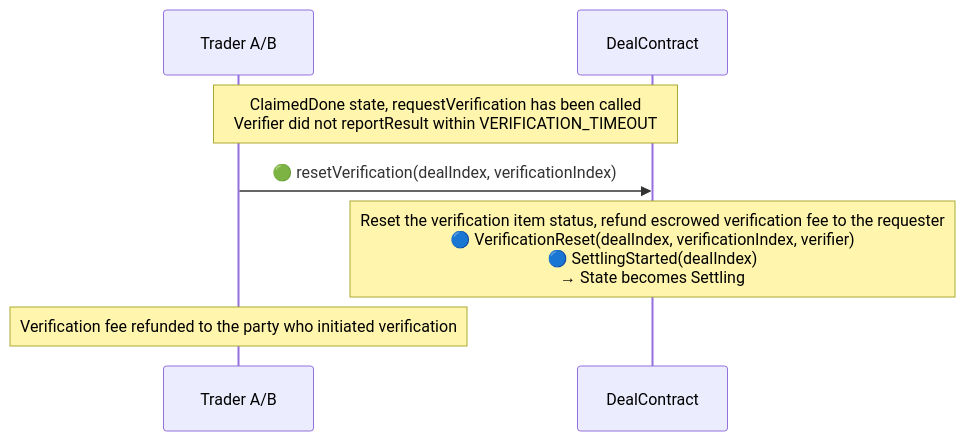
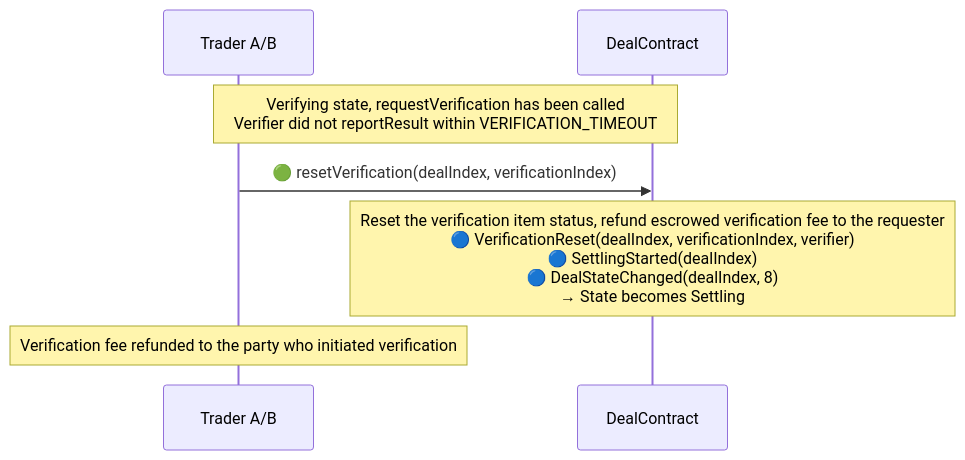
One commit to synctxai/synctx changed the sixth of 9 diagrams in examples/x-quote/x-quote-design.md. Above: the diagram before and after it, drawn with Mermaid. The commit also changed other lines of this file and 4 other files, not shown here.

````diff
--- a/examples/x-quote/x-quote-design.md
+++ b/examples/x-quote/x-quote-design.md
@@ -356,10 +387,10 @@
 ```mermaid
 sequenceDiagram
     participant AB as Trader A/B
     participant D as DealContract
 
-    Note over AB,D: ClaimedDone state, requestVerification has been called<br/>Verifier did not reportResult within VERIFICATION_TIMEOUT
+    Note over AB,D: Verifying state, requestVerification has been called<br/>Verifier did not reportResult within VERIFICATION_TIMEOUT
     AB->>D: 🟢 resetVerification(dealIndex, verificationIndex)
-    Note over D: Reset the verification item status, refund escrowed verification fee to the requester<br/>🔵 VerificationReset(dealIndex, verificationIndex, verifier)<br/>🔵 SettlingStarted(dealIndex)<br/>→ State becomes Settling
+    Note over D: Reset the verification item status, refund escrowed verification fee to the requester<br/>🔵 VerificationReset(dealIndex, verificationIndex, verifier)<br/>🔵 SettlingStarted(dealIndex)<br/>🔵 DealStateChanged(dealIndex, 8)<br/>→ State becomes Settling
     Note over AB: Verification fee refunded to the party who initiated verification
 ```
````
